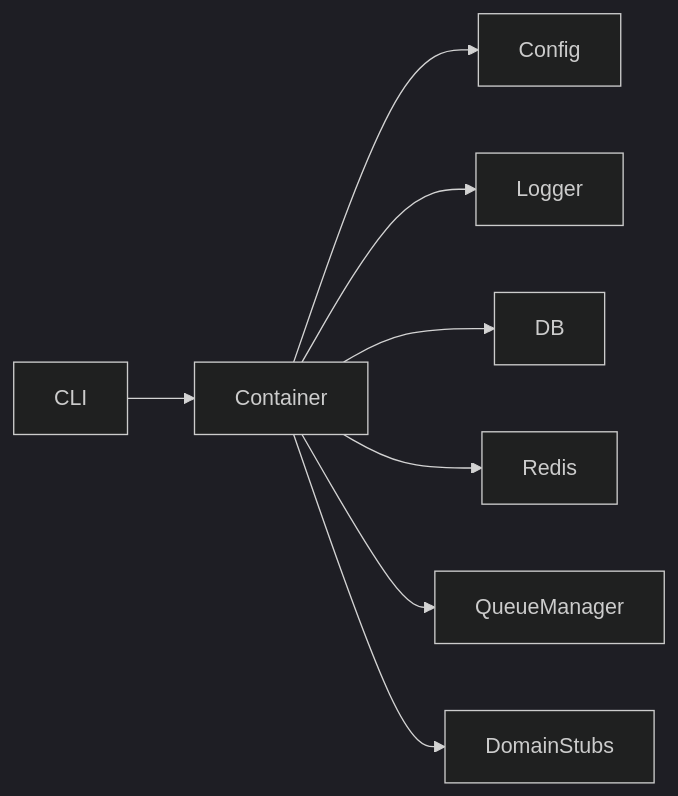
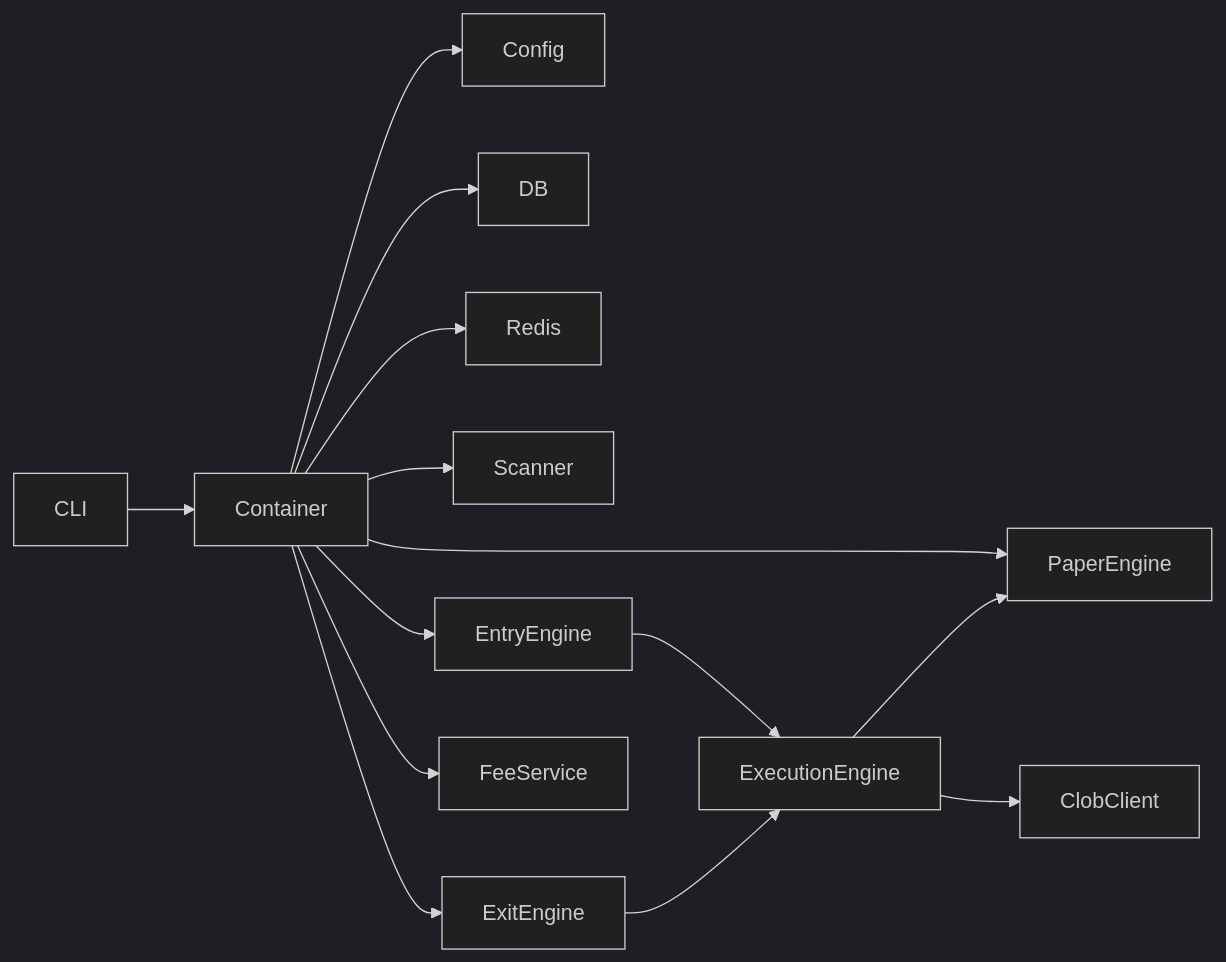
One commit to bomb707/Polynavbot changed the diagram in README.md. Above: the diagram before and after it, drawn with Mermaid (dark theme). The commit also changed other lines of this file, not shown here.

````diff
--- a/README.md
+++ b/README.md
@@ -92,10 +175,16 @@
 ```mermaid
 flowchart LR
   CLI --> Container
   Container --> Config
-  Container --> Logger
   Container --> DB
   Container --> Redis
-  Container --> QueueManager
-  Container --> DomainStubs
+  Container --> Scanner
+  Container --> EntryEngine
+  Container --> ExitEngine
+  Container --> PaperEngine
+  Container --> FeeService
+  EntryEngine --> ExecutionEngine
+  ExitEngine --> ExecutionEngine
+  ExecutionEngine --> PaperEngine
+  ExecutionEngine --> ClobClient
 ```
````
